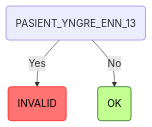
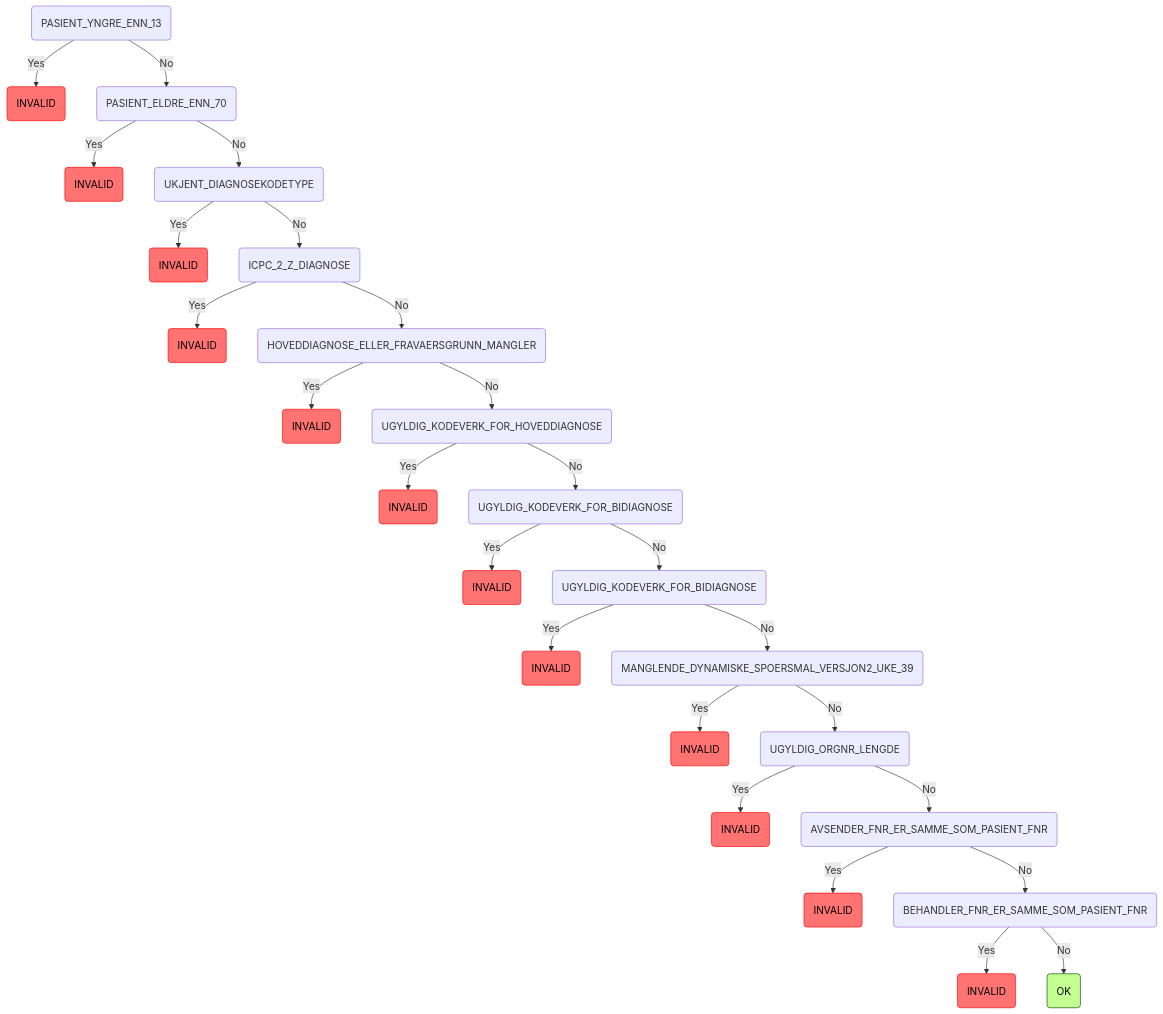
One commit to navikt/syfosmregler changed the sixth of 6 diagrams in README.md. Above: the diagram before and after it, drawn with Mermaid. The commit also changed 5 other files, not shown here.

Commit message:
Added in flow for Validation rules

````diff
--- a/README.md
+++ b/README.md
@@ -225,10 +225,32 @@
 ```mermaid
 graph TD
     root(PASIENT_YNGRE_ENN_13) -->|Yes| root_PASIENT_YNGRE_ENN_13_INVALID(INVALID):::invalid
-    root(PASIENT_YNGRE_ENN_13) -->|No| root_PASIENT_YNGRE_ENN_13_OK(OK):::ok
+    root(PASIENT_YNGRE_ENN_13) -->|No| root_PASIENT_YNGRE_ENN_13_PASIENT_ELDRE_ENN_70(PASIENT_ELDRE_ENN_70)
+    root_PASIENT_YNGRE_ENN_13_PASIENT_ELDRE_ENN_70(PASIENT_ELDRE_ENN_70) -->|Yes| root_PASIENT_YNGRE_ENN_13_PASIENT_ELDRE_ENN_70_INVALID(INVALID):::invalid
+    root_PASIENT_YNGRE_ENN_13_PASIENT_ELDRE_ENN_70(PASIENT_ELDRE_ENN_70) -->|No| root_PASIENT_YNGRE_ENN_13_PASIENT_ELDRE_ENN_70_UKJENT_DIAGNOSEKODETYPE(UKJENT_DIAGNOSEKODETYPE)
+    root_PASIENT_YNGRE_ENN_13_PASIENT_ELDRE_ENN_70_UKJENT_DIAGNOSEKODETYPE(UKJENT_DIAGNOSEKODETYPE) -->|Yes| root_PASIENT_YNGRE_ENN_13_PASIENT_ELDRE_ENN_70_UKJENT_DIAGNOSEKODETYPE_INVALID(INVALID):::invalid
+    root_PASIENT_YNGRE_ENN_13_PASIENT_ELDRE_ENN_70_UKJENT_DIAGNOSEKODETYPE(UKJENT_DIAGNOSEKODETYPE) -->|No| root_PASIENT_YNGRE_ENN_13_PASIENT_ELDRE_ENN_70_UKJENT_DIAGNOSEKODETYPE_ICPC_2_Z_DIAGNOSE(ICPC_2_Z_DIAGNOSE)
+    root_PASIENT_YNGRE_ENN_13_PASIENT_ELDRE_ENN_70_UKJENT_DIAGNOSEKODETYPE_ICPC_2_Z_DIAGNOSE(ICPC_2_Z_DIAGNOSE) -->|Yes| root_PASIENT_YNGRE_ENN_13_PASIENT_ELDRE_ENN_70_UKJENT_DIAGNOSEKODETYPE_ICPC_2_Z_DIAGNOSE_INVALID(INVALID):::invalid
+    root_PASIENT_YNGRE_ENN_13_PASIENT_ELDRE_ENN_70_UKJENT_DIAGNOSEKODETYPE_ICPC_2_Z_DIAGNOSE(ICPC_2_Z_DIAGNOSE) -->|No| root_PASIENT_YNGRE_ENN_13_PASIENT_ELDRE_ENN_70_UKJENT_DIAGNOSEKODETYPE_ICPC_2_Z_DIAGNOSE_HOVEDDIAGNOSE_ELLER_FRAVAERSGRUNN_MANGLER(HOVEDDIAGNOSE_ELLER_FRAVAERSGRUNN_MANGLER)
+    root_PASIENT_YNGRE_ENN_13_PASIENT_ELDRE_ENN_70_UKJENT_DIAGNOSEKODETYPE_ICPC_2_Z_DIAGNOSE_HOVEDDIAGNOSE_ELLER_FRAVAERSGRUNN_MANGLER(HOVEDDIAGNOSE_ELLER_FRAVAERSGRUNN_MANGLER) -->|Yes| root_PASIENT_YNGRE_ENN_13_PASIENT_ELDRE_ENN_70_UKJENT_DIAGNOSEKODETYPE_ICPC_2_Z_DIAGNOSE_HOVEDDIAGNOSE_ELLER_FRAVAERSGRUNN_MANGLER_INVALID(INVALID):::invalid
+    root_PASIENT_YNGRE_ENN_13_PASIENT_ELDRE_ENN_70_UKJENT_DIAGNOSEKODETYPE_ICPC_2_Z_DIAGNOSE_HOVEDDIAGNOSE_ELLER_FRAVAERSGRUNN_MANGLER(HOVEDDIAGNOSE_ELLER_FRAVAERSGRUNN_MANGLER) -->|No| root_PASIENT_YNGRE_ENN_13_PASIENT_ELDRE_ENN_70_UKJENT_DIAGNOSEKODETYPE_ICPC_2_Z_DIAGNOSE_HOVEDDIAGNOSE_ELLER_FRAVAERSGRUNN_MANGLER_UGYLDIG_KODEVERK_FOR_HOVEDDIAGNOSE(UGYLDIG_KODEVERK_FOR_HOVEDDIAGNOSE)
+    root_PASIENT_YNGRE_ENN_13_PASIENT_ELDRE_ENN_70_UKJENT_DIAGNOSEKODETYPE_ICPC_2_Z_DIAGNOSE_HOVEDDIAGNOSE_ELLER_FRAVAERSGRUNN_MANGLER_UGYLDIG_KODEVERK_FOR_HOVEDDIAGNOSE(UGYLDIG_KODEVERK_FOR_HOVEDDIAGNOSE) -->|Yes| root_PASIENT_YNGRE_ENN_13_PASIENT_ELDRE_ENN_70_UKJENT_DIAGNOSEKODETYPE_ICPC_2_Z_DIAGNOSE_HOVEDDIAGNOSE_ELLER_FRAVAERSGRUNN_MANGLER_UGYLDIG_KODEVERK_FOR_HOVEDDIAGNOSE_INVALID(INVALID):::invalid
+    root_PASIENT_YNGRE_ENN_13_PASIENT_ELDRE_ENN_70_UKJENT_DIAGNOSEKODETYPE_ICPC_2_Z_DIAGNOSE_HOVEDDIAGNOSE_ELLER_FRAVAERSGRUNN_MANGLER_UGYLDIG_KODEVERK_FOR_HOVEDDIAGNOSE(UGYLDIG_KODEVERK_FOR_HOVEDDIAGNOSE) -->|No| root_PASIENT_YNGRE_ENN_13_PASIENT_ELDRE_ENN_70_UKJENT_DIAGNOSEKODETYPE_ICPC_2_Z_DIAGNOSE_HOVEDDIAGNOSE_ELLER_FRAVAERSGRUNN_MANGLER_UGYLDIG_KODEVERK_FOR_HOVEDDIAGNOSE_UGYLDIG_KODEVERK_FOR_BIDIAGNOSE(UGYLDIG_KODEVERK_FOR_BIDIAGNOSE)
+    root_PASIENT_YNGRE_ENN_13_PASIENT_ELDRE_ENN_70_UKJENT_DIAGNOSEKODETYPE_ICPC_2_Z_DIAGNOSE_HOVEDDIAGNOSE_ELLER_FRAVAERSGRUNN_MANGLER_UGYLDIG_KODEVERK_FOR_HOVEDDIAGNOSE_UGYLDIG_KODEVERK_FOR_BIDIAGNOSE(UGYLDIG_KODEVERK_FOR_BIDIAGNOSE) -->|Yes| root_PASIENT_YNGRE_ENN_13_PASIENT_ELDRE_ENN_70_UKJENT_DIAGNOSEKODETYPE_ICPC_2_Z_DIAGNOSE_HOVEDDIAGNOSE_ELLER_FRAVAERSGRUNN_MANGLER_UGYLDIG_KODEVERK_FOR_HOVEDDIAGNOSE_UGYLDIG_KODEVERK_FOR_BIDIAGNOSE_INVALID(INVALID):::invalid
+    root_PASIENT_YNGRE_ENN_13_PASIENT_ELDRE_ENN_70_UKJENT_DIAGNOSEKODETYPE_ICPC_2_Z_DIAGNOSE_HOVEDDIAGNOSE_ELLER_FRAVAERSGRUNN_MANGLER_UGYLDIG_KODEVERK_FOR_HOVEDDIAGNOSE_UGYLDIG_KODEVERK_FOR_BIDIAGNOSE(UGYLDIG_KODEVERK_FOR_BIDIAGNOSE) -->|No| root_PASIENT_YNGRE_ENN_13_PASIENT_ELDRE_ENN_70_UKJENT_DIAGNOSEKODETYPE_ICPC_2_Z_DIAGNOSE_HOVEDDIAGNOSE_ELLER_FRAVAERSGRUNN_MANGLER_UGYLDIG_KODEVERK_FOR_HOVEDDIAGNOSE_UGYLDIG_KODEVERK_FOR_BIDIAGNOSE_UGYLDIG_KODEVERK_FOR_BIDIAGNOSE(UGYLDIG_KODEVERK_FOR_BIDIAGNOSE)
+    root_PASIENT_YNGRE_ENN_13_PASIENT_ELDRE_ENN_70_UKJENT_DIAGNOSEKODETYPE_ICPC_2_Z_DIAGNOSE_HOVEDDIAGNOSE_ELLER_FRAVAERSGRUNN_MANGLER_UGYLDIG_KODEVERK_FOR_HOVEDDIAGNOSE_UGYLDIG_KODEVERK_FOR_BIDIAGNOSE_UGYLDIG_KODEVERK_FOR_BIDIAGNOSE(UGYLDIG_KODEVERK_FOR_BIDIAGNOSE) -->|Yes| root_PASIENT_YNGRE_ENN_13_PASIENT_ELDRE_ENN_70_UKJENT_DIAGNOSEKODETYPE_ICPC_2_Z_DIAGNOSE_HOVEDDIAGNOSE_ELLER_FRAVAERSGRUNN_MANGLER_UGYLDIG_KODEVERK_FOR_HOVEDDIAGNOSE_UGYLDIG_KODEVERK_FOR_BIDIAGNOSE_UGYLDIG_KODEVERK_FOR_BIDIAGNOSE_INVALID(INVALID):::invalid
+    root_PASIENT_YNGRE_ENN_13_PASIENT_ELDRE_ENN_70_UKJENT_DIAGNOSEKODETYPE_ICPC_2_Z_DIAGNOSE_HOVEDDIAGNOSE_ELLER_FRAVAERSGRUNN_MANGLER_UGYLDIG_KODEVERK_FOR_HOVEDDIAGNOSE_UGYLDIG_KODEVERK_FOR_BIDIAGNOSE_UGYLDIG_KODEVERK_FOR_BIDIAGNOSE(UGYLDIG_KODEVERK_FOR_BIDIAGNOSE) -->|No| root_PASIENT_YNGRE_ENN_13_PASIENT_ELDRE_ENN_70_UKJENT_DIAGNOSEKODETYPE_ICPC_2_Z_DIAGNOSE_HOVEDDIAGNOSE_ELLER_FRAVAERSGRUNN_MANGLER_UGYLDIG_KODEVERK_FOR_HOVEDDIAGNOSE_UGYLDIG_KODEVERK_FOR_BIDIAGNOSE_UGYLDIG_KODEVERK_FOR_BIDIAGNOSE_MANGLENDE_DYNAMISKE_SPOERSMAL_VERSJON2_UKE_39(MANGLENDE_DYNAMISKE_SPOERSMAL_VERSJON2_UKE_39)
+    root_PASIENT_YNGRE_ENN_13_PASIENT_ELDRE_ENN_70_UKJENT_DIAGNOSEKODETYPE_ICPC_2_Z_DIAGNOSE_HOVEDDIAGNOSE_ELLER_FRAVAERSGRUNN_MANGLER_UGYLDIG_KODEVERK_FOR_HOVEDDIAGNOSE_UGYLDIG_KODEVERK_FOR_BIDIAGNOSE_UGYLDIG_KODEVERK_FOR_BIDIAGNOSE_MANGLENDE_DYNAMISKE_SPOERSMAL_VERSJON2_UKE_39(MANGLENDE_DYNAMISKE_SPOERSMAL_VERSJON2_UKE_39) -->|Yes| root_PASIENT_YNGRE_ENN_13_PASIENT_ELDRE_ENN_70_UKJENT_DIAGNOSEKODETYPE_ICPC_2_Z_DIAGNOSE_HOVEDDIAGNOSE_ELLER_FRAVAERSGRUNN_MANGLER_UGYLDIG_KODEVERK_FOR_HOVEDDIAGNOSE_UGYLDIG_KODEVERK_FOR_BIDIAGNOSE_UGYLDIG_KODEVERK_FOR_BIDIAGNOSE_MANGLENDE_DYNAMISKE_SPOERSMAL_VERSJON2_UKE_39_INVALID(INVALID):::invalid
+    root_PASIENT_YNGRE_ENN_13_PASIENT_ELDRE_ENN_70_UKJENT_DIAGNOSEKODETYPE_ICPC_2_Z_DIAGNOSE_HOVEDDIAGNOSE_ELLER_FRAVAERSGRUNN_MANGLER_UGYLDIG_KODEVERK_FOR_HOVEDDIAGNOSE_UGYLDIG_KODEVERK_FOR_BIDIAGNOSE_UGYLDIG_KODEVERK_FOR_BIDIAGNOSE_MANGLENDE_DYNAMISKE_SPOERSMAL_VERSJON2_UKE_39(MANGLENDE_DYNAMISKE_SPOERSMAL_VERSJON2_UKE_39) -->|No| root_PASIENT_YNGRE_ENN_13_PASIENT_ELDRE_ENN_70_UKJENT_DIAGNOSEKODETYPE_ICPC_2_Z_DIAGNOSE_HOVEDDIAGNOSE_ELLER_FRAVAERSGRUNN_MANGLER_UGYLDIG_KODEVERK_FOR_HOVEDDIAGNOSE_UGYLDIG_KODEVERK_FOR_BIDIAGNOSE_UGYLDIG_KODEVERK_FOR_BIDIAGNOSE_MANGLENDE_DYNAMISKE_SPOERSMAL_VERSJON2_UKE_39_UGYLDIG_ORGNR_LENGDE(UGYLDIG_ORGNR_LENGDE)
+    root_PASIENT_YNGRE_ENN_13_PASIENT_ELDRE_ENN_70_UKJENT_DIAGNOSEKODETYPE_ICPC_2_Z_DIAGNOSE_HOVEDDIAGNOSE_ELLER_FRAVAERSGRUNN_MANGLER_UGYLDIG_KODEVERK_FOR_HOVEDDIAGNOSE_UGYLDIG_KODEVERK_FOR_BIDIAGNOSE_UGYLDIG_KODEVERK_FOR_BIDIAGNOSE_MANGLENDE_DYNAMISKE_SPOERSMAL_VERSJON2_UKE_39_UGYLDIG_ORGNR_LENGDE(UGYLDIG_ORGNR_LENGDE) -->|Yes| root_PASIENT_YNGRE_ENN_13_PASIENT_ELDRE_ENN_70_UKJENT_DIAGNOSEKODETYPE_ICPC_2_Z_DIAGNOSE_HOVEDDIAGNOSE_ELLER_FRAVAERSGRUNN_MANGLER_UGYLDIG_KODEVERK_FOR_HOVEDDIAGNOSE_UGYLDIG_KODEVERK_FOR_BIDIAGNOSE_UGYLDIG_KODEVERK_FOR_BIDIAGNOSE_MANGLENDE_DYNAMISKE_SPOERSMAL_VERSJON2_UKE_39_UGYLDIG_ORGNR_LENGDE_INVALID(INVALID):::invalid
+    root_PASIENT_YNGRE_ENN_13_PASIENT_ELDRE_ENN_70_UKJENT_DIAGNOSEKODETYPE_ICPC_2_Z_DIAGNOSE_HOVEDDIAGNOSE_ELLER_FRAVAERSGRUNN_MANGLER_UGYLDIG_KODEVERK_FOR_HOVEDDIAGNOSE_UGYLDIG_KODEVERK_FOR_BIDIAGNOSE_UGYLDIG_KODEVERK_FOR_BIDIAGNOSE_MANGLENDE_DYNAMISKE_SPOERSMAL_VERSJON2_UKE_39_UGYLDIG_ORGNR_LENGDE(UGYLDIG_ORGNR_LENGDE) -->|No| root_PASIENT_YNGRE_ENN_13_PASIENT_ELDRE_ENN_70_UKJENT_DIAGNOSEKODETYPE_ICPC_2_Z_DIAGNOSE_HOVEDDIAGNOSE_ELLER_FRAVAERSGRUNN_MANGLER_UGYLDIG_KODEVERK_FOR_HOVEDDIAGNOSE_UGYLDIG_KODEVERK_FOR_BIDIAGNOSE_UGYLDIG_KODEVERK_FOR_BIDIAGNOSE_MANGLENDE_DYNAMISKE_SPOERSMAL_VERSJON2_UKE_39_UGYLDIG_ORGNR_LENGDE_AVSENDER_FNR_ER_SAMME_SOM_PASIENT_FNR(AVSENDER_FNR_ER_SAMME_SOM_PASIENT_FNR)
+    root_PASIENT_YNGRE_ENN_13_PASIENT_ELDRE_ENN_70_UKJENT_DIAGNOSEKODETYPE_ICPC_2_Z_DIAGNOSE_HOVEDDIAGNOSE_ELLER_FRAVAERSGRUNN_MANGLER_UGYLDIG_KODEVERK_FOR_HOVEDDIAGNOSE_UGYLDIG_KODEVERK_FOR_BIDIAGNOSE_UGYLDIG_KODEVERK_FOR_BIDIAGNOSE_MANGLENDE_DYNAMISKE_SPOERSMAL_VERSJON2_UKE_39_UGYLDIG_ORGNR_LENGDE_AVSENDER_FNR_ER_SAMME_SOM_PASIENT_FNR(AVSENDER_FNR_ER_SAMME_SOM_PASIENT_FNR) -->|Yes| root_PASIENT_YNGRE_ENN_13_PASIENT_ELDRE_ENN_70_UKJENT_DIAGNOSEKODETYPE_ICPC_2_Z_DIAGNOSE_HOVEDDIAGNOSE_ELLER_FRAVAERSGRUNN_MANGLER_UGYLDIG_KODEVERK_FOR_HOVEDDIAGNOSE_UGYLDIG_KODEVERK_FOR_BIDIAGNOSE_UGYLDIG_KODEVERK_FOR_BIDIAGNOSE_MANGLENDE_DYNAMISKE_SPOERSMAL_VERSJON2_UKE_39_UGYLDIG_ORGNR_LENGDE_AVSENDER_FNR_ER_SAMME_SOM_PASIENT_FNR_INVALID(INVALID):::invalid
+    root_PASIENT_YNGRE_ENN_13_PASIENT_ELDRE_ENN_70_UKJENT_DIAGNOSEKODETYPE_ICPC_2_Z_DIAGNOSE_HOVEDDIAGNOSE_ELLER_FRAVAERSGRUNN_MANGLER_UGYLDIG_KODEVERK_FOR_HOVEDDIAGNOSE_UGYLDIG_KODEVERK_FOR_BIDIAGNOSE_UGYLDIG_KODEVERK_FOR_BIDIAGNOSE_MANGLENDE_DYNAMISKE_SPOERSMAL_VERSJON2_UKE_39_UGYLDIG_ORGNR_LENGDE_AVSENDER_FNR_ER_SAMME_SOM_PASIENT_FNR(AVSENDER_FNR_ER_SAMME_SOM_PASIENT_FNR) -->|No| root_PASIENT_YNGRE_ENN_13_PASIENT_ELDRE_ENN_70_UKJENT_DIAGNOSEKODETYPE_ICPC_2_Z_DIAGNOSE_HOVEDDIAGNOSE_ELLER_FRAVAERSGRUNN_MANGLER_UGYLDIG_KODEVERK_FOR_HOVEDDIAGNOSE_UGYLDIG_KODEVERK_FOR_BIDIAGNOSE_UGYLDIG_KODEVERK_FOR_BIDIAGNOSE_MANGLENDE_DYNAMISKE_SPOERSMAL_VERSJON2_UKE_39_UGYLDIG_ORGNR_LENGDE_AVSENDER_FNR_ER_SAMME_SOM_PASIENT_FNR_BEHANDLER_FNR_ER_SAMME_SOM_PASIENT_FNR(BEHANDLER_FNR_ER_SAMME_SOM_PASIENT_FNR)
+    root_PASIENT_YNGRE_ENN_13_PASIENT_ELDRE_ENN_70_UKJENT_DIAGNOSEKODETYPE_ICPC_2_Z_DIAGNOSE_HOVEDDIAGNOSE_ELLER_FRAVAERSGRUNN_MANGLER_UGYLDIG_KODEVERK_FOR_HOVEDDIAGNOSE_UGYLDIG_KODEVERK_FOR_BIDIAGNOSE_UGYLDIG_KODEVERK_FOR_BIDIAGNOSE_MANGLENDE_DYNAMISKE_SPOERSMAL_VERSJON2_UKE_39_UGYLDIG_ORGNR_LENGDE_AVSENDER_FNR_ER_SAMME_SOM_PASIENT_FNR_BEHANDLER_FNR_ER_SAMME_SOM_PASIENT_FNR(BEHANDLER_FNR_ER_SAMME_SOM_PASIENT_FNR) -->|Yes| root_PASIENT_YNGRE_ENN_13_PASIENT_ELDRE_ENN_70_UKJENT_DIAGNOSEKODETYPE_ICPC_2_Z_DIAGNOSE_HOVEDDIAGNOSE_ELLER_FRAVAERSGRUNN_MANGLER_UGYLDIG_KODEVERK_FOR_HOVEDDIAGNOSE_UGYLDIG_KODEVERK_FOR_BIDIAGNOSE_UGYLDIG_KODEVERK_FOR_BIDIAGNOSE_MANGLENDE_DYNAMISKE_SPOERSMAL_VERSJON2_UKE_39_UGYLDIG_ORGNR_LENGDE_AVSENDER_FNR_ER_SAMME_SOM_PASIENT_FNR_BEHANDLER_FNR_ER_SAMME_SOM_PASIENT_FNR_INVALID(INVALID):::invalid
+    root_PASIENT_YNGRE_ENN_13_PASIENT_ELDRE_ENN_70_UKJENT_DIAGNOSEKODETYPE_ICPC_2_Z_DIAGNOSE_HOVEDDIAGNOSE_ELLER_FRAVAERSGRUNN_MANGLER_UGYLDIG_KODEVERK_FOR_HOVEDDIAGNOSE_UGYLDIG_KODEVERK_FOR_BIDIAGNOSE_UGYLDIG_KODEVERK_FOR_BIDIAGNOSE_MANGLENDE_DYNAMISKE_SPOERSMAL_VERSJON2_UKE_39_UGYLDIG_ORGNR_LENGDE_AVSENDER_FNR_ER_SAMME_SOM_PASIENT_FNR_BEHANDLER_FNR_ER_SAMME_SOM_PASIENT_FNR(BEHANDLER_FNR_ER_SAMME_SOM_PASIENT_FNR) -->|No| root_PASIENT_YNGRE_ENN_13_PASIENT_ELDRE_ENN_70_UKJENT_DIAGNOSEKODETYPE_ICPC_2_Z_DIAGNOSE_HOVEDDIAGNOSE_ELLER_FRAVAERSGRUNN_MANGLER_UGYLDIG_KODEVERK_FOR_HOVEDDIAGNOSE_UGYLDIG_KODEVERK_FOR_BIDIAGNOSE_UGYLDIG_KODEVERK_FOR_BIDIAGNOSE_MANGLENDE_DYNAMISKE_SPOERSMAL_VERSJON2_UKE_39_UGYLDIG_ORGNR_LENGDE_AVSENDER_FNR_ER_SAMME_SOM_PASIENT_FNR_BEHANDLER_FNR_ER_SAMME_SOM_PASIENT_FNR_OK(OK):::ok
     classDef ok fill:#c3ff91,stroke:#004a00,color: black;
     classDef invalid fill:#ff7373,stroke:#ff0000,color: black;
     classDef manuell fill:#ffe24f,stroke:#ffd500,color: #473c00;
 
 
 ```
````
